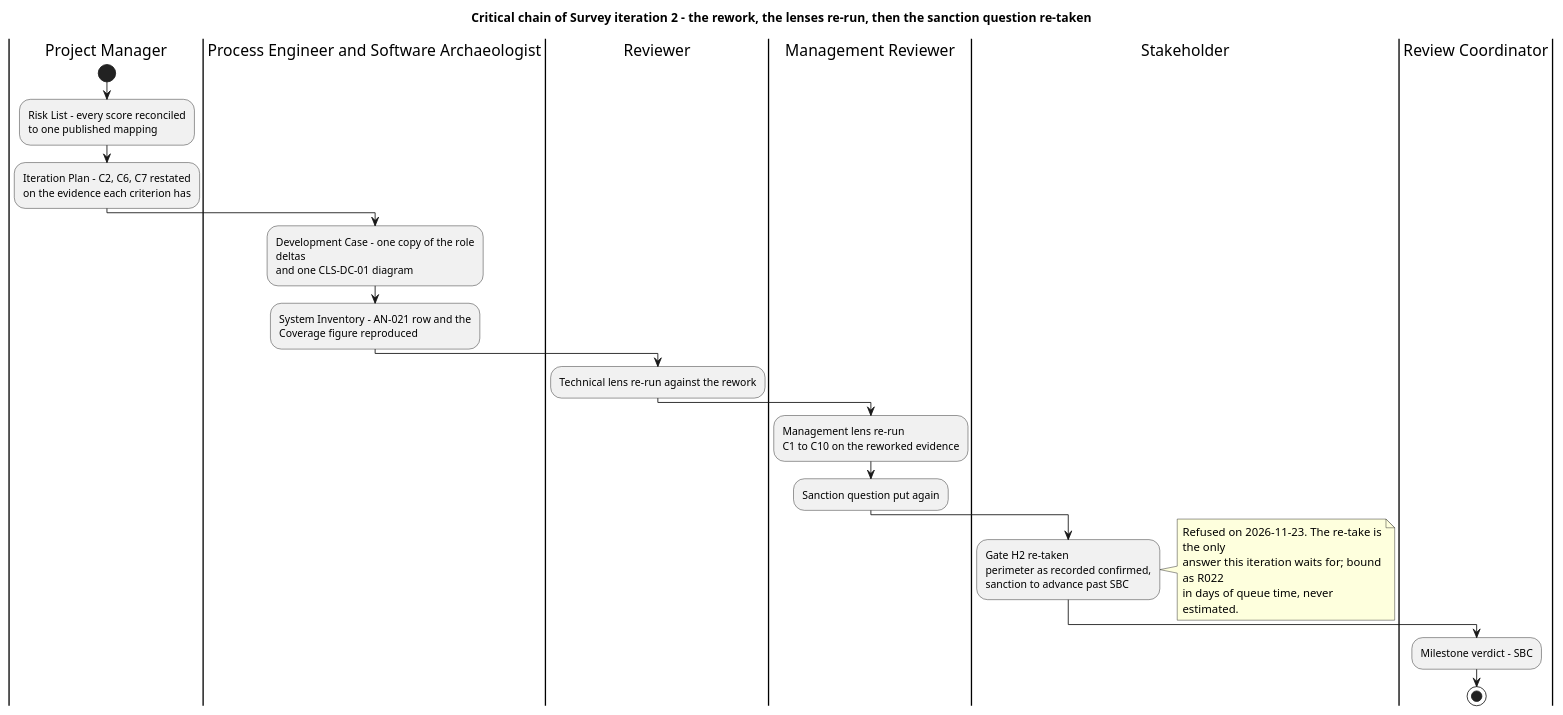
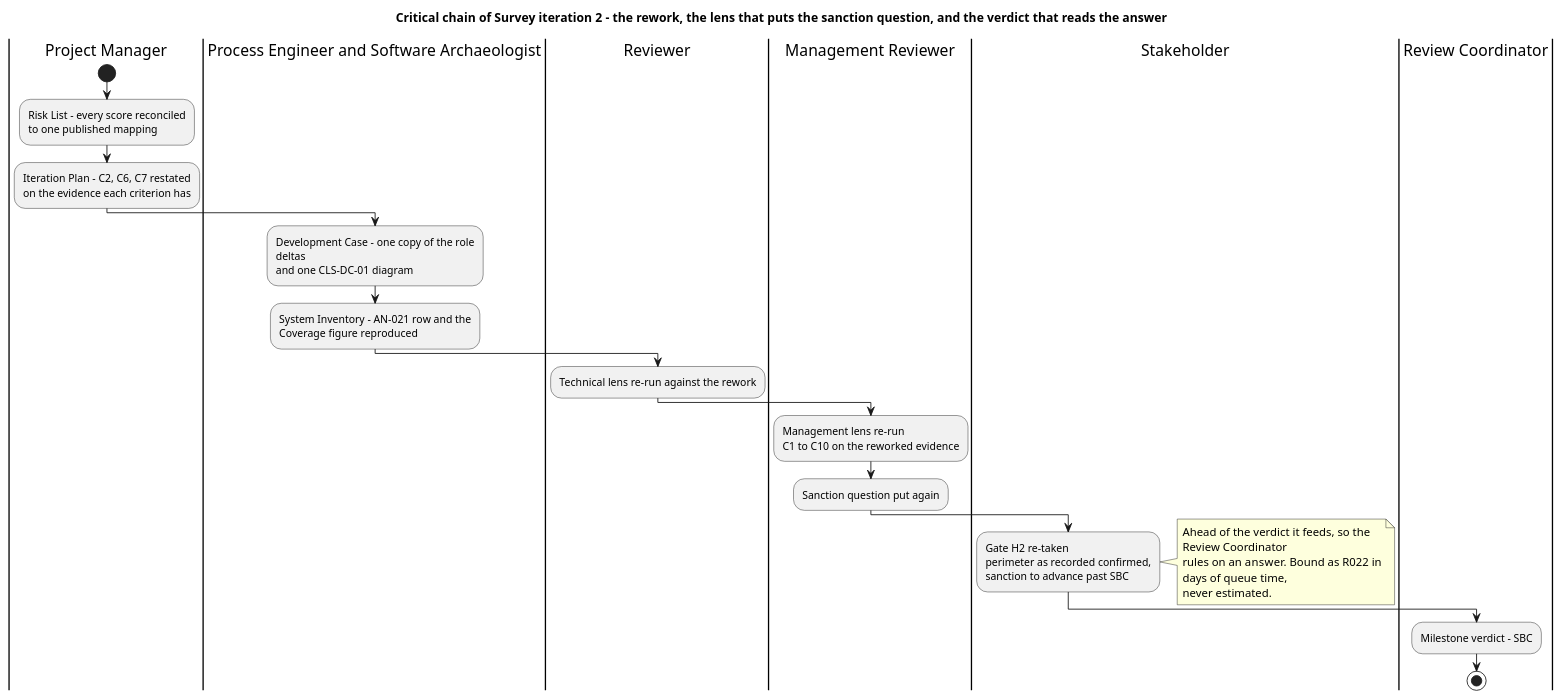
The second of 4 diagrams in docs/artifacts/project-management/iteration-plan.md (banense-test/TodoApp), drawn with PlantUML before and after one commit. The commit also changed other lines of this file, not shown here.

First line of the commit message:
Project Manager [Survey2]: upsert Iteration Plan

````diff
--- a/docs/artifacts/project-management/iteration-plan.md
+++ b/docs/artifacts/project-management/iteration-plan.md
@@ -95,43 +95,43 @@
 ```plantuml
 @startuml
-title Critical chain of Survey iteration 2 - the rework, the lenses re-run, then the sanction question re-taken
+title Critical chain of Survey iteration 2 - the rework, the lens that puts the sanction question, and the verdict that reads the answer
 
 skinparam shadowing false
 skinparam wrapWidth 230
 
 |Project Manager|
 start
 :Risk List - every score reconciled
 to one published mapping;
 :Iteration Plan - C2, C6, C7 restated
 on the evidence each criterion has;
 
 |Process Engineer and Software Archaeologist|
 :Development Case - one copy of the role deltas
 and one CLS-DC-01 diagram;
 :System Inventory - AN-021 row and the
 Coverage figure reproduced;
 
 |Reviewer|
 :Technical lens re-run against the rework;
 
 |Management Reviewer|
 :Management lens re-run
 C1 to C10 on the reworked evidence;
 :Sanction question put again;
 
 |Stakeholder|
 :Gate H2 re-taken
 perimeter as recorded confirmed,
 sanction to advance past SBC;
 note right
-  Refused on 2026-11-23. The re-take is the only
-  answer this iteration waits for; bound as R022
-  in days of queue time, never estimated.
+  Ahead of the verdict it feeds, so the Review Coordinator
+  rules on an answer. Bound as R022 in days of queue time,
+  never estimated.
 end note
 
 |Review Coordinator|
 :Milestone verdict - SBC;
 stop
 @enduml
 ```
````
